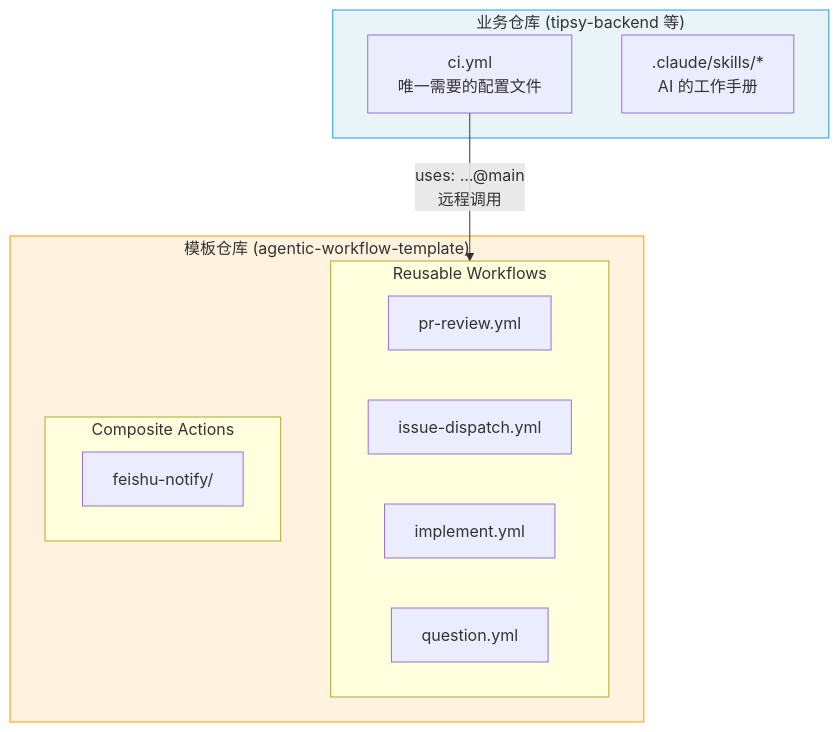
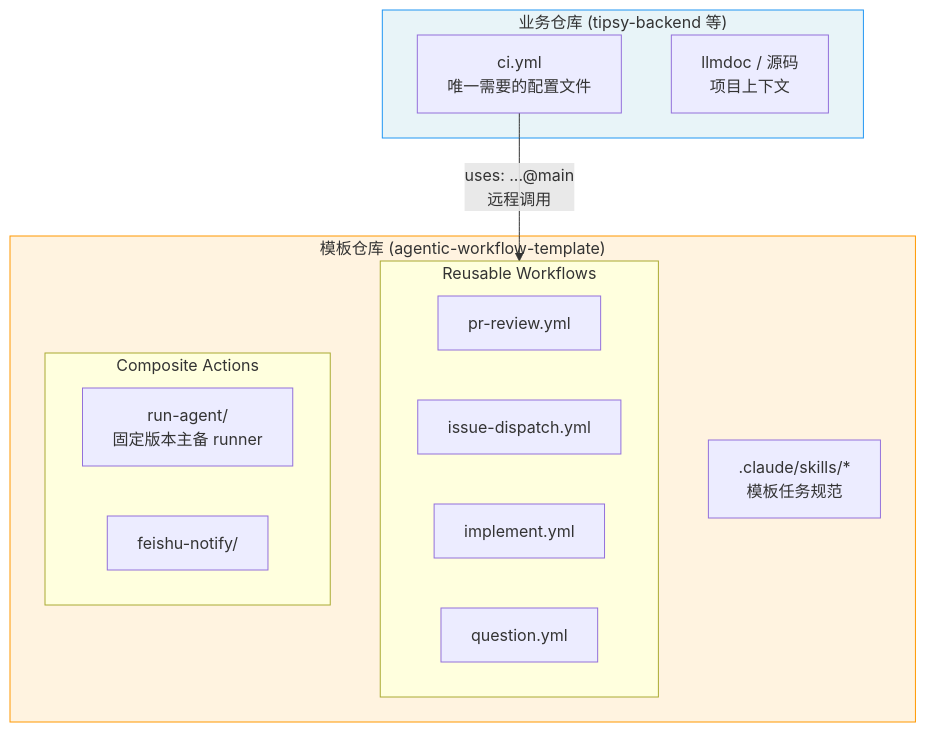
The second of 13 diagrams in docs/code-review-design.md (Lightspeed-Intelligence/agentic-workflow-template), drawn with Mermaid before and after one commit. The commit also changed other lines of this file and 18 other files, not shown here.

Commit message:
feat(agentic): add Codex-first workflow architectures

````diff
--- a/docs/code-review-design.md
+++ b/docs/code-review-design.md
@@ -45,24 +45,26 @@
 ```mermaid
 graph TB
     subgraph biz["业务仓库 (tipsy-backend 等)"]
         ci["ci.yml<br/>唯一需要的配置文件"]
-        skills[".claude/skills/*<br/>AI 的工作手册"]
+        context["llmdoc / 源码<br/>项目上下文"]
     end
 
     subgraph tpl["模板仓库 (agentic-workflow-template)"]
         subgraph wf["Reusable Workflows"]
             pr["pr-review.yml"]
             dispatch["issue-dispatch.yml"]
             impl["implement.yml"]
             q["question.yml"]
         end
         subgraph actions["Composite Actions"]
+            runner["run-agent/<br/>固定版本主备 runner"]
             feishu["feishu-notify/"]
         end
+        skills[".claude/skills/*<br/>模板任务规范"]
     end
 
     ci -->|"uses: ...@main<br/>远程调用"| wf
 
     style biz fill:#e8f4f8,stroke:#2196F3
     style tpl fill:#fff3e0,stroke:#FF9800
 ```
````
